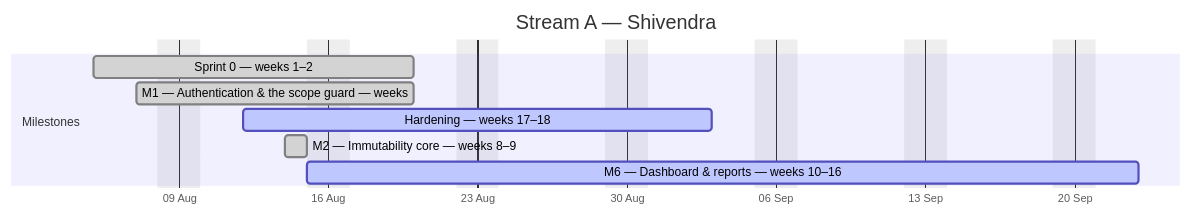
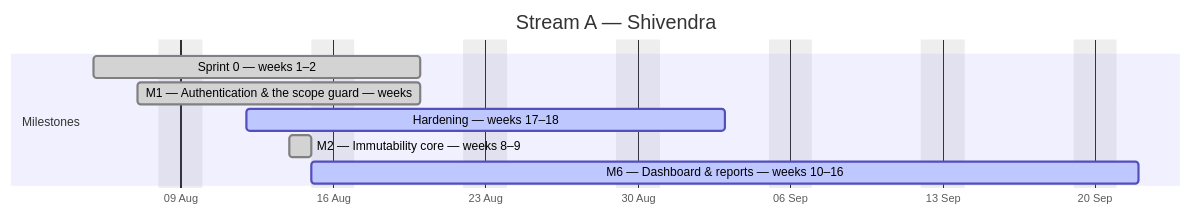
The first of 4 diagrams in docs/plan/GANTT.md (debashisedunext/EduTrack), drawn with Mermaid before and after one commit. The commit also changed other lines of this file and 3 other files, not shown here.

````diff
--- a/docs/plan/GANTT.md
+++ b/docs/plan/GANTT.md
@@ -103,13 +103,13 @@
 ```mermaid
 gantt
     dateFormat YYYY-MM-DD
     axisFormat %d %b
     title Stream A — Shivendra
     excludes weekends
     section Milestones
     Sprint 0 — weeks 1–2 :done, a0, 2026-08-05, 11d
     M1 — Authentication & the scope guard — weeks :done, a1, 2026-08-07, 9d
     Hardening — weeks 17–18 :active, a2, 2026-08-12, 16d
     M2 — Immutability core — weeks 8–9 :done, a3, 2026-08-14, 1d
-    M6 — Dashboard & reports — weeks 10–16 :active, a4, 2026-08-15, 28d
+    M6 — Dashboard & reports — weeks 10–16 :active, a4, 2026-08-15, 27d
 ```
````
